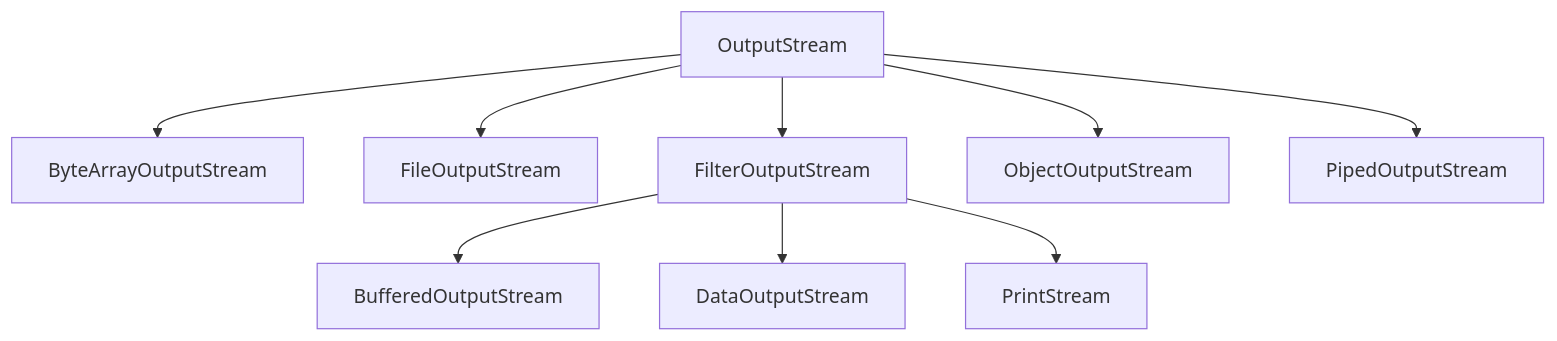
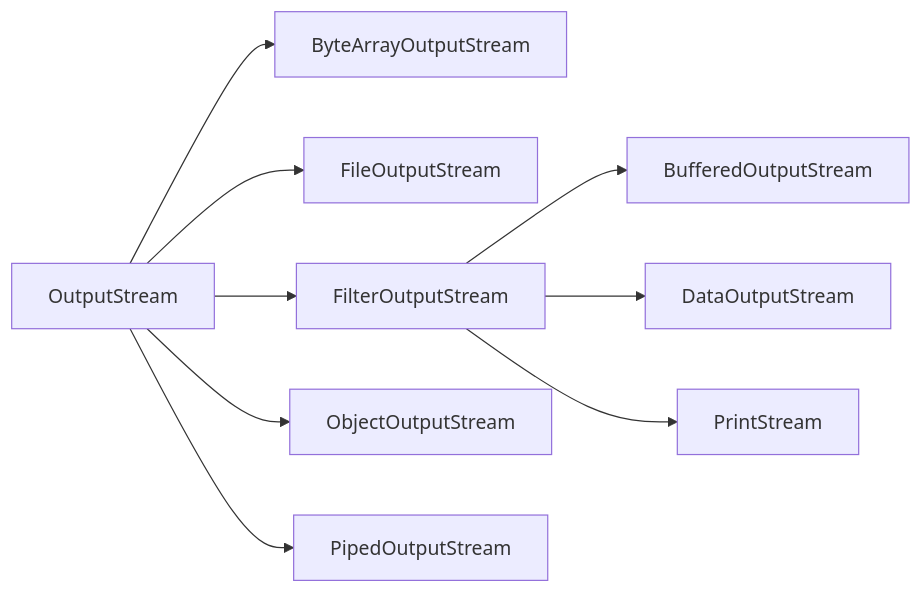
The diagram in Java/OutputStream.md (andrnnov/obsidian), drawn with Mermaid before and after one commit. The commit also changed 6 other files, not shown here.

````diff
--- a/Java/OutputStream.md
+++ b/Java/OutputStream.md
@@ -12,13 +12,13 @@
 ```mermaid
-graph TD
+graph LR
 
-OutputStream --> ByteArrayOutputStream 
+OutputStream --> ByteArrayOutputStream
 OutputStream --> FileOutputStream
 OutputStream --> FilterOutputStream
 OutputStream --> ObjectOutputStream
 OutputStream --> PipedOutputStream
 FilterOutputStream --> BufferedOutputStream
 FilterOutputStream --> DataOutputStream
 FilterOutputStream --> PrintStream
-class OutputStream,FileOutputStream internal-link;
+class OutputStream,FileOutputStream,DataOutputStream,DataInputStream,PrintStream internal-link;
 ```
````
